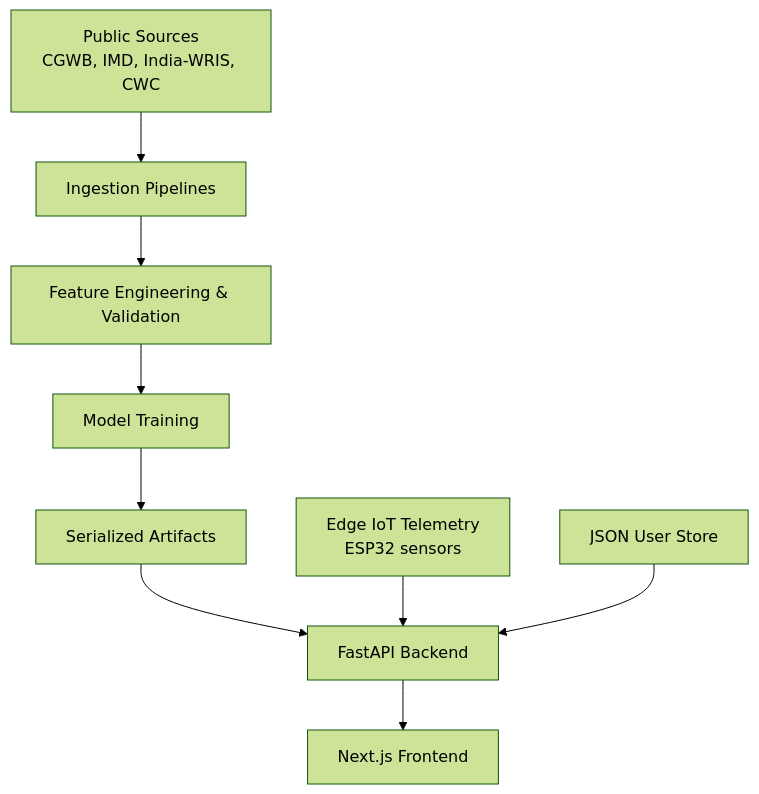
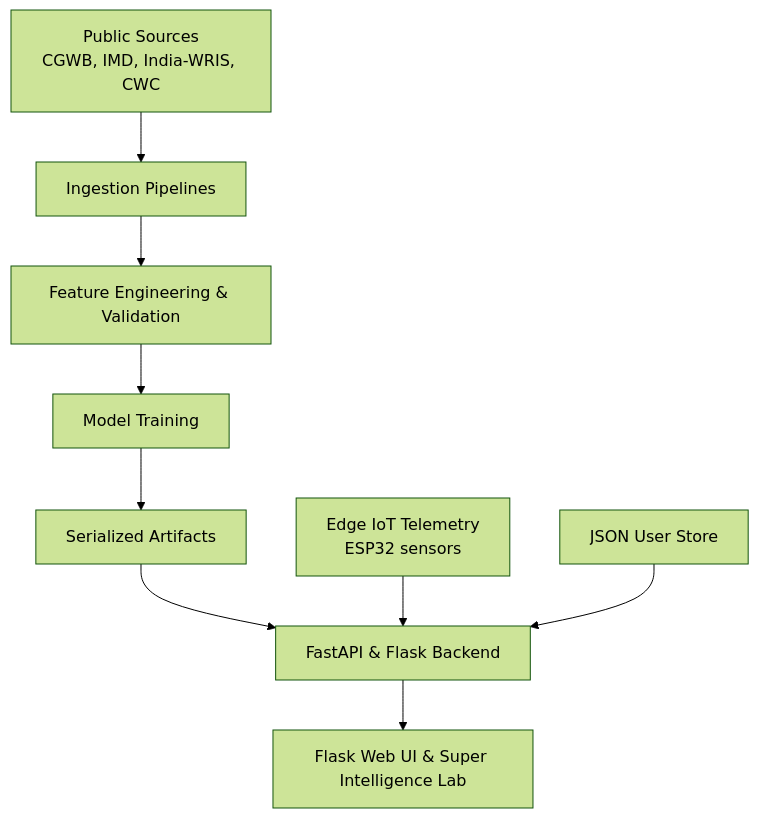
The diagram in README.md (codexfiroj/HydroRaksh), drawn with Mermaid (forest theme) before and after one commit. The commit also changed other lines of this file and 38 other files, not shown here.

````diff
--- a/README.md
+++ b/README.md
@@ -86,11 +86,11 @@
 ```mermaid
 graph TD
     A[Public Sources<br>CGWB, IMD, India-WRIS, CWC] --> B[Ingestion Pipelines]
     B --> C[Feature Engineering & Validation]
     C --> D[Model Training]
     D --> E[Serialized Artifacts]
-    E --> F[FastAPI Backend]
-    F --> G[Next.js Frontend]
+    E --> F[FastAPI & Flask Backend]
+    F --> G[Flask Web UI & Super Intelligence Lab]
     H[Edge IoT Telemetry<br>ESP32 sensors] --> F
     I[JSON User Store] --> F
 ```
````
